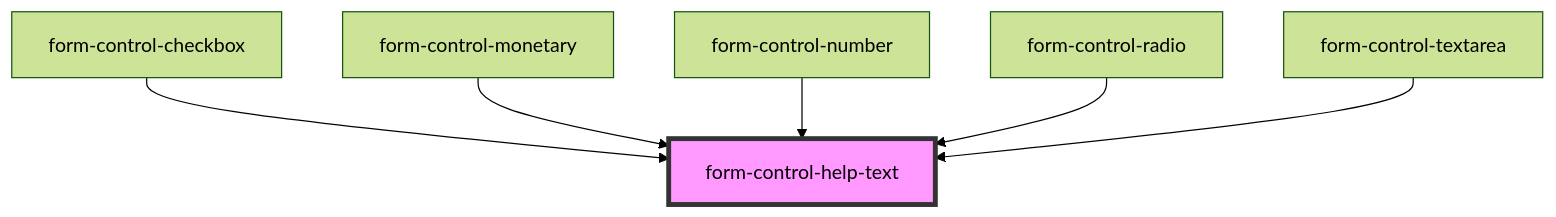
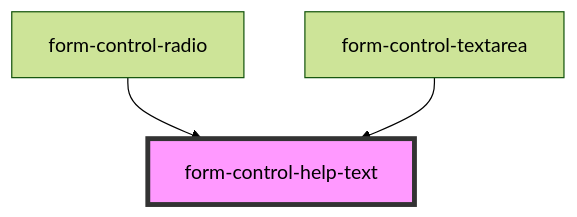
Before and after one commit to justifi-tech/web-component-library: the diagram in packages/webcomponents/src/ui-components/form/form-helpers/form-control-help-text/readme.md, drawn with Mermaid (forest theme). The commit also changed other lines of this file and 23 other files, not shown here.

````diff
--- a/packages/webcomponents/src/ui-components/form/form-helpers/form-control-help-text/readme.md
+++ b/packages/webcomponents/src/ui-components/form/form-helpers/form-control-help-text/readme.md
@@ -27,9 +24,6 @@
 ```mermaid
 graph TD;
-  form-control-checkbox --> form-control-help-text
-  form-control-monetary --> form-control-help-text
-  form-control-number --> form-control-help-text
   form-control-radio --> form-control-help-text
   form-control-textarea --> form-control-help-text
   style form-control-help-text fill:#f9f,stroke:#333,stroke-width:4px
 ```
````
